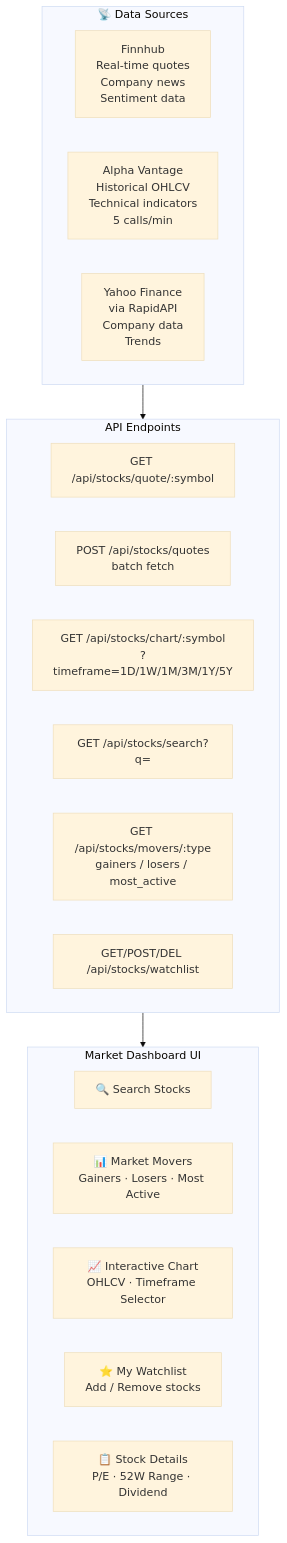
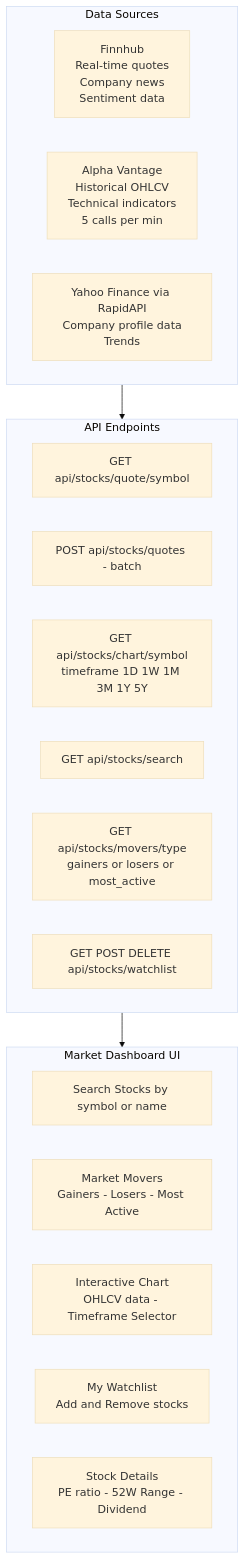
One commit to gobinath-sketch/Final-Mastermind changed the seventh of 13 diagrams in README.md. Above: the diagram before and after it, drawn with Mermaid (base theme). The commit also changed other lines of this file, not shown here.

Commit message:
fix: rewrite all Mermaid diagrams with GitHub-safe syntax - no emojis/slashes in node labels

````diff
--- a/README.md
+++ b/README.md
@@ -417,29 +417,29 @@
 ```mermaid
 flowchart TD
-    subgraph SOURCES["📡 Data Sources"]
+    subgraph SOURCES["Data Sources"]
         FH["Finnhub\nReal-time quotes\nCompany news\nSentiment data"]
-        AV["Alpha Vantage\nHistorical OHLCV\nTechnical indicators\n5 calls/min"]
-        YF["Yahoo Finance\nvia RapidAPI\nCompany data\nTrends"]
+        AV["Alpha Vantage\nHistorical OHLCV\nTechnical indicators\n5 calls per min"]
+        YF["Yahoo Finance via RapidAPI\nCompany profile data\nTrends"]
     end
 
     SOURCES --> ENDPOINTS
 
     subgraph ENDPOINTS["API Endpoints"]
-        Q1[GET /api/stocks/quote/:symbol]
-        Q2[POST /api/stocks/quotes\nbatch fetch]
-        C1[GET /api/stocks/chart/:symbol\n?timeframe=1D/1W/1M/3M/1Y/5Y]
-        S1[GET /api/stocks/search?q=]
-        M1[GET /api/stocks/movers/:type\ngainers / losers / most_active]
-        W1[GET/POST/DEL /api/stocks/watchlist]
+        Q1["GET api/stocks/quote/symbol"]
+        Q2["POST api/stocks/quotes - batch"]
+        C1["GET api/stocks/chart/symbol\ntimeframe 1D 1W 1M 3M 1Y 5Y"]
+        S1["GET api/stocks/search"]
+        M1["GET api/stocks/movers/type\ngainers or losers or most_active"]
+        W1["GET POST DELETE api/stocks/watchlist"]
     end
 
     ENDPOINTS --> UI
 
     subgraph UI["Market Dashboard UI"]
-        SEARCH_BAR[🔍 Search Stocks]
-        MOVERS[📊 Market Movers\nGainers · Losers · Most Active]
-        CHART[📈 Interactive Chart\nOHLCV · Timeframe Selector]
-        WATCHLIST[⭐ My Watchlist\nAdd / Remove stocks]
-        DETAIL[📋 Stock Details\nP/E · 52W Range · Dividend]
+        SEARCH_BAR["Search Stocks by symbol or name"]
+        MOVERS["Market Movers\nGainers - Losers - Most Active"]
+        CHART["Interactive Chart\nOHLCV data - Timeframe Selector"]
+        WATCHLIST["My Watchlist\nAdd and Remove stocks"]
+        DETAIL["Stock Details\nPE ratio - 52W Range - Dividend"]
     end
 ```
````
